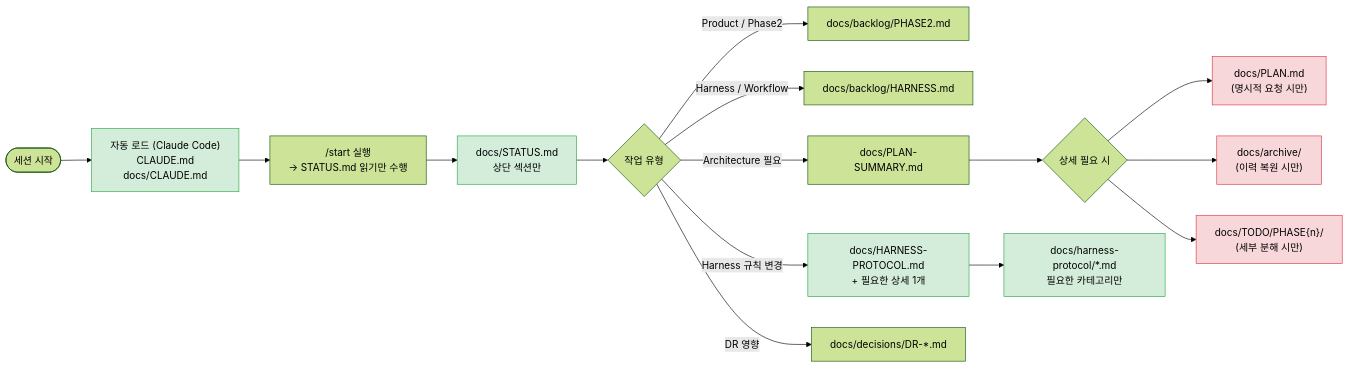
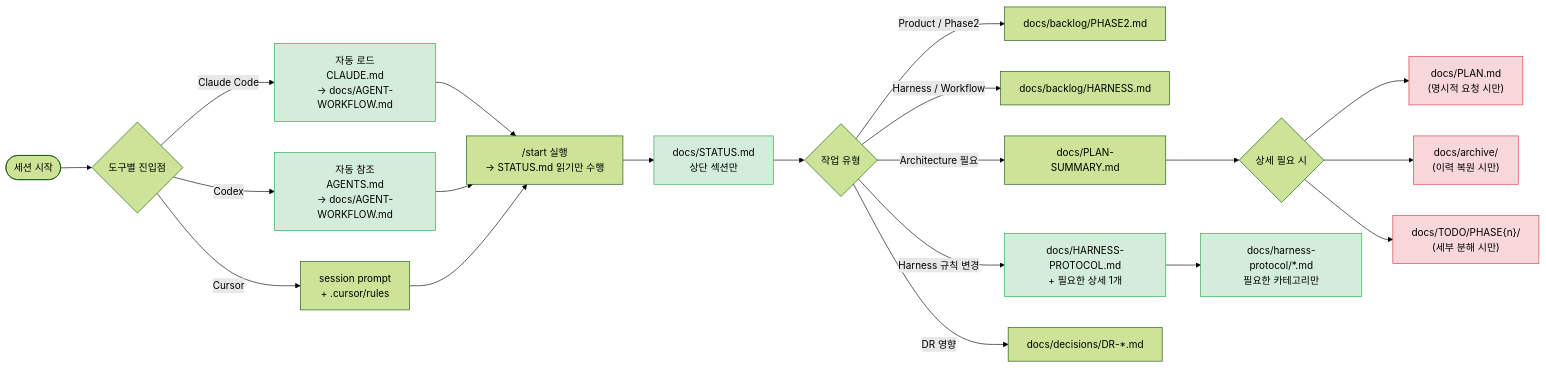
The fifth of 6 diagrams in docs/WORKFLOW-MANUAL.md (kyungseo/ai-workflow-harness), drawn with Mermaid (forest theme) before and after one commit. The commit also changed other lines of this file and 25 other files, not shown here.

Commit message:
chore: harden agent workflow entrypoints

````diff
--- a/docs/WORKFLOW-MANUAL.md
+++ b/docs/WORKFLOW-MANUAL.md
@@ -525,26 +534,32 @@
 ```mermaid
 flowchart LR
-    SESSION([세션 시작]) --> AUTO["자동 로드 (Claude Code)\nCLAUDE.md\ndocs/CLAUDE.md"]
-    AUTO --> CMD["/start 실행\n→ STATUS.md 읽기만 수행"]
+    SESSION([세션 시작]) --> ENTRY{도구별 진입점}
+    ENTRY -- Claude Code --> CLAUDE_AUTO["자동 로드\nCLAUDE.md\n→ docs/AGENT-WORKFLOW.md"]
+    ENTRY -- Codex --> CODEX_AUTO["자동 참조\nAGENTS.md\n→ docs/AGENT-WORKFLOW.md"]
+    ENTRY -- Cursor --> CURSOR_BOOT["session prompt\n+ .cursor/rules"]
+    CLAUDE_AUTO --> CMD["/start 실행\n→ STATUS.md 읽기만 수행"]
+    CODEX_AUTO --> CMD
+    CURSOR_BOOT --> CMD
     CMD --> STATUS["docs/STATUS.md\n상단 섹션만"]
     STATUS --> ROUTE{작업 유형}
     ROUTE -- Product / Phase2 --> PBACKLOG["docs/backlog/PHASE2.md"]
     ROUTE -- Harness / Workflow --> HBACKLOG["docs/backlog/HARNESS.md"]
     ROUTE -- Harness 규칙 변경 --> HPROTO["docs/HARNESS-PROTOCOL.md\n+ 필요한 상세 1개"]
     ROUTE -- Architecture 필요 --> PLAN_S["docs/PLAN-SUMMARY.md"]
     ROUTE -- DR 영향 --> DECISIONS["docs/decisions/DR-*.md"]
 
     PLAN_S --> ON_DEMAND{상세 필요 시}
     ON_DEMAND --> PLAN["docs/PLAN.md\n(명시적 요청 시만)"]
     ON_DEMAND --> ARCHIVE["docs/archive/\n(이력 복원 시만)"]
     ON_DEMAND --> TODO["docs/TODO/PHASE{n}/\n(세부 분해 시만)"]
     HPROTO --> HDETAIL["docs/harness-protocol/*.md\n필요한 카테고리만"]
 
-    style AUTO fill:#d4edda,stroke:#28a745
+    style CLAUDE_AUTO fill:#d4edda,stroke:#28a745
+    style CODEX_AUTO fill:#d4edda,stroke:#28a745
     style STATUS fill:#d4edda,stroke:#28a745
     style HPROTO fill:#d4edda,stroke:#28a745
     style HDETAIL fill:#d4edda,stroke:#28a745
     style PLAN fill:#f8d7da,stroke:#dc3545
     style ARCHIVE fill:#f8d7da,stroke:#dc3545
     style TODO fill:#f8d7da,stroke:#dc3545
 ```
````
